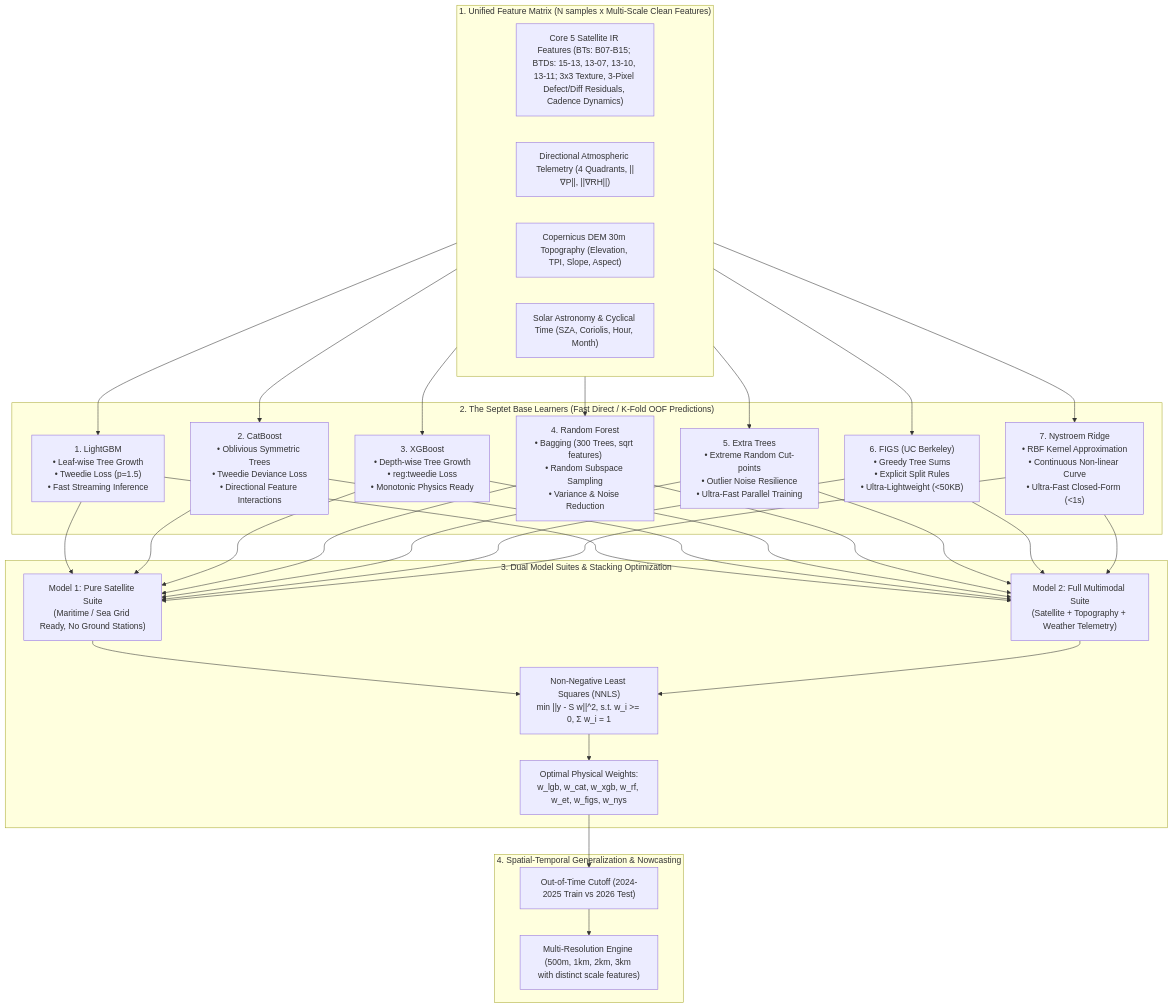
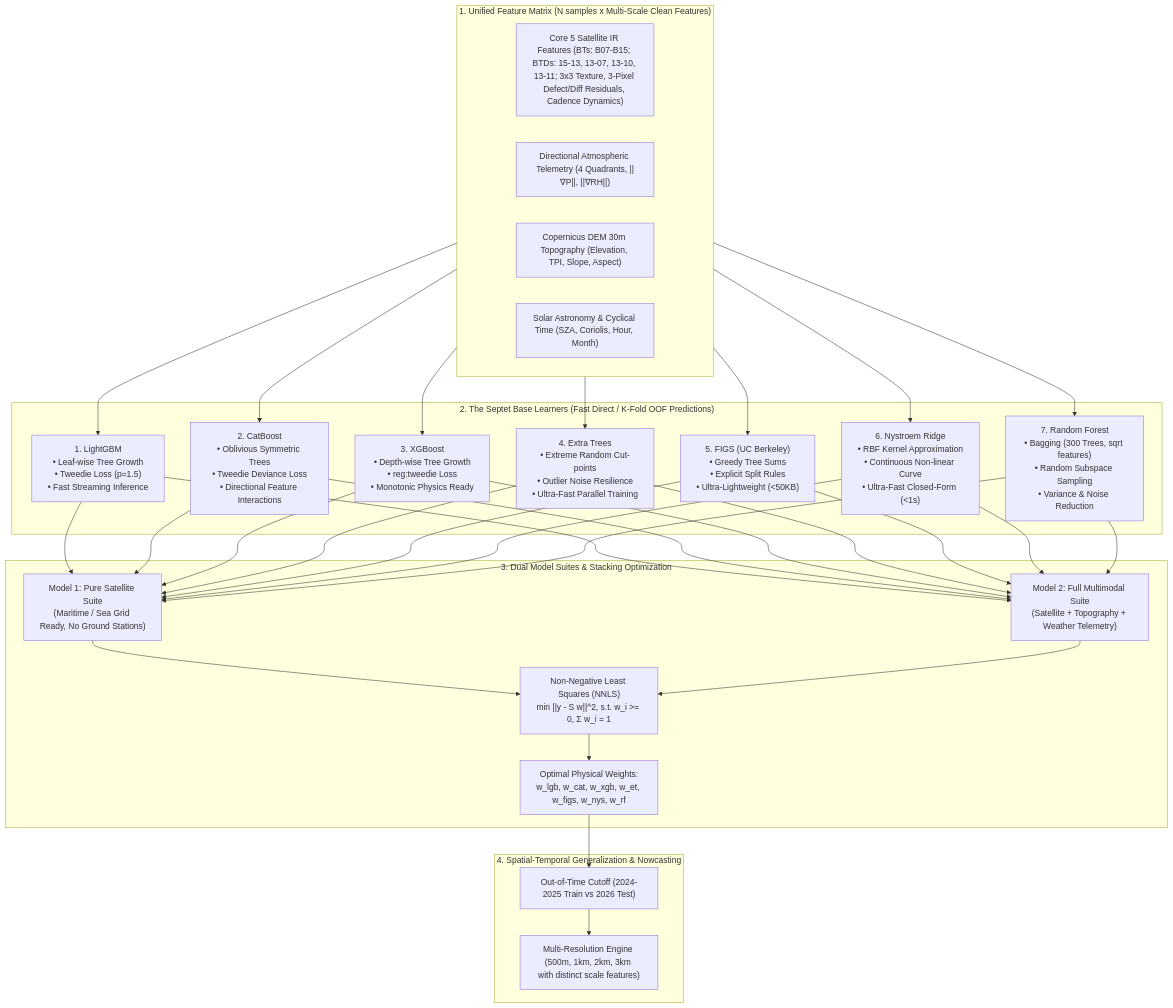
Before and after one commit to korarit/dust-from-satellite-image-thailand: the first of 2 diagrams in technical-model.md, drawn with Mermaid. The commit also changed other lines of this file and 11 other files, not shown here.

Commit message:
refactor(model): reorder Septet base learners to place ExtraTrees, FIGS, and Nystroem before RandomForest

````diff
--- a/technical-model.md
+++ b/technical-model.md
@@ -15,36 +15,36 @@
 ```mermaid
 flowchart TD
     subgraph InputMatrix ["1. Unified Feature Matrix (N samples x Multi-Scale Clean Features)"]
         F1["Core 5 Satellite IR Features (BTs: B07-B15; BTDs: 15-13, 13-07, 13-10, 13-11; 3x3 Texture, 3-Pixel Defect/Diff Residuals, Cadence Dynamics)"]
         F2["Directional Atmospheric Telemetry (4 Quadrants, ||∇P||, ||∇RH||)"]
         F3["Copernicus DEM 30m Topography (Elevation, TPI, Slope, Aspect)"]
         F4["Solar Astronomy & Cyclical Time (SZA, Coriolis, Hour, Month)"]
     end
 
     subgraph SeptetSuite ["2. The Septet Base Learners (Fast Direct / K-Fold OOF Predictions)"]
         LGB["1. LightGBM<br>• Leaf-wise Tree Growth<br>• Tweedie Loss (p=1.5)<br>• Fast Streaming Inference"]
         CAT["2. CatBoost<br>• Oblivious Symmetric Trees<br>• Tweedie Deviance Loss<br>• Directional Feature Interactions"]
         XGB["3. XGBoost<br>• Depth-wise Tree Growth<br>• reg:tweedie Loss<br>• Monotonic Physics Ready"]
-        RF["4. Random Forest<br>• Bagging (300 Trees, sqrt features)<br>• Random Subspace Sampling<br>• Variance & Noise Reduction"]
-        ET["5. Extra Trees<br>• Extreme Random Cut-points<br>• Outlier Noise Resilience<br>• Ultra-Fast Parallel Training"]
-        FIGS["6. FIGS (UC Berkeley)<br>• Greedy Tree Sums<br>• Explicit Split Rules<br>• Ultra-Lightweight (<50KB)"]
-        NYS["7. Nystroem Ridge<br>• RBF Kernel Approximation<br>• Continuous Non-linear Curve<br>• Ultra-Fast Closed-Form (<1s)"]
+        ET["4. Extra Trees<br>• Extreme Random Cut-points<br>• Outlier Noise Resilience<br>• Ultra-Fast Parallel Training"]
+        FIGS["5. FIGS (UC Berkeley)<br>• Greedy Tree Sums<br>• Explicit Split Rules<br>• Ultra-Lightweight (<50KB)"]
+        NYS["6. Nystroem Ridge<br>• RBF Kernel Approximation<br>• Continuous Non-linear Curve<br>• Ultra-Fast Closed-Form (<1s)"]
+        RF["7. Random Forest<br>• Bagging (300 Trees, sqrt features)<br>• Random Subspace Sampling<br>• Variance & Noise Reduction"]
     end
 
     subgraph DualArchitectures ["3. Dual Model Suites & Stacking Optimization"]
         M1["Model 1: Pure Satellite Suite<br>(Maritime / Sea Grid Ready, No Ground Stations)"]
         M2["Model 2: Full Multimodal Suite<br>(Satellite + Topography + Weather Telemetry)"]
         NNLS["Non-Negative Least Squares (NNLS)<br>min ||y - S w||^2, s.t. w_i >= 0, Σ w_i = 1"]
-        Weights["Optimal Physical Weights:<br>w_lgb, w_cat, w_xgb, w_rf, w_et, w_figs, w_nys"]
+        Weights["Optimal Physical Weights:<br>w_lgb, w_cat, w_xgb, w_et, w_figs, w_nys, w_rf"]
     end
 
     subgraph Evaluation ["4. Spatial-Temporal Generalization & Nowcasting"]
         OOT["Out-of-Time Cutoff (2024-2025 Train vs 2026 Test)"]
         Nowcast["Multi-Resolution Engine (500m, 1km, 2km, 3km with distinct scale features)"]
     end
 
-    InputMatrix --> LGB & CAT & XGB & RF & ET & FIGS & NYS
-    LGB & CAT & XGB & RF & ET & FIGS & NYS --> M1 & M2
+    InputMatrix --> LGB & CAT & XGB & ET & FIGS & NYS & RF
+    LGB & CAT & XGB & ET & FIGS & NYS & RF --> M1 & M2
     M1 & M2 --> NNLS --> Weights
     Weights --> OOT --> Nowcast
 ```
````
